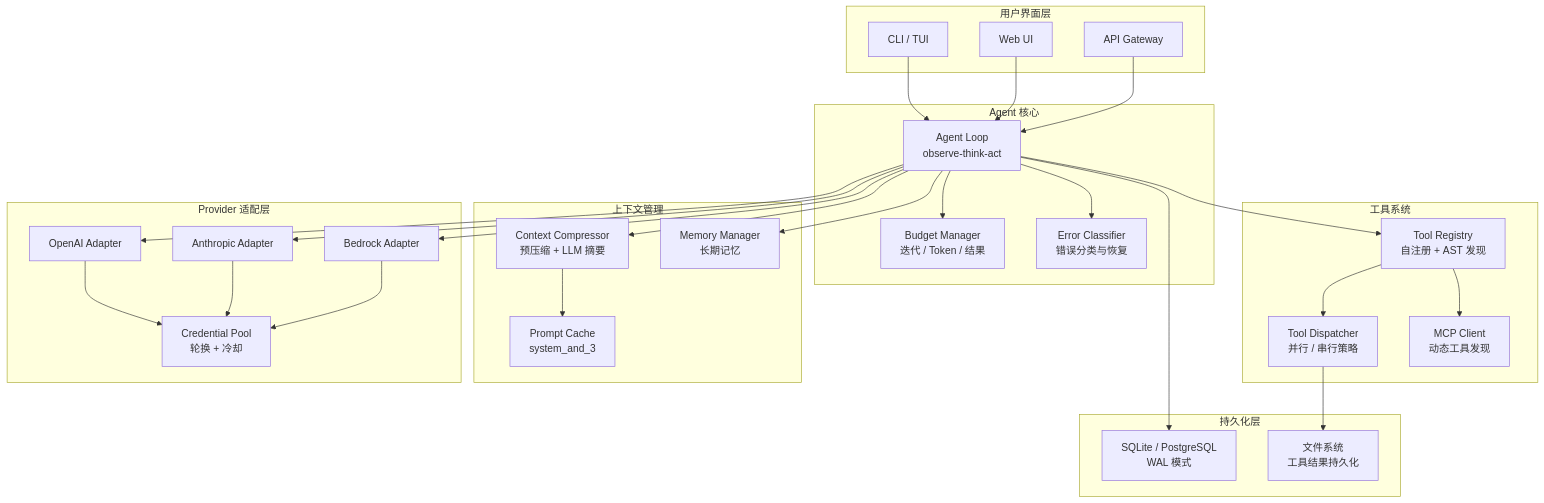
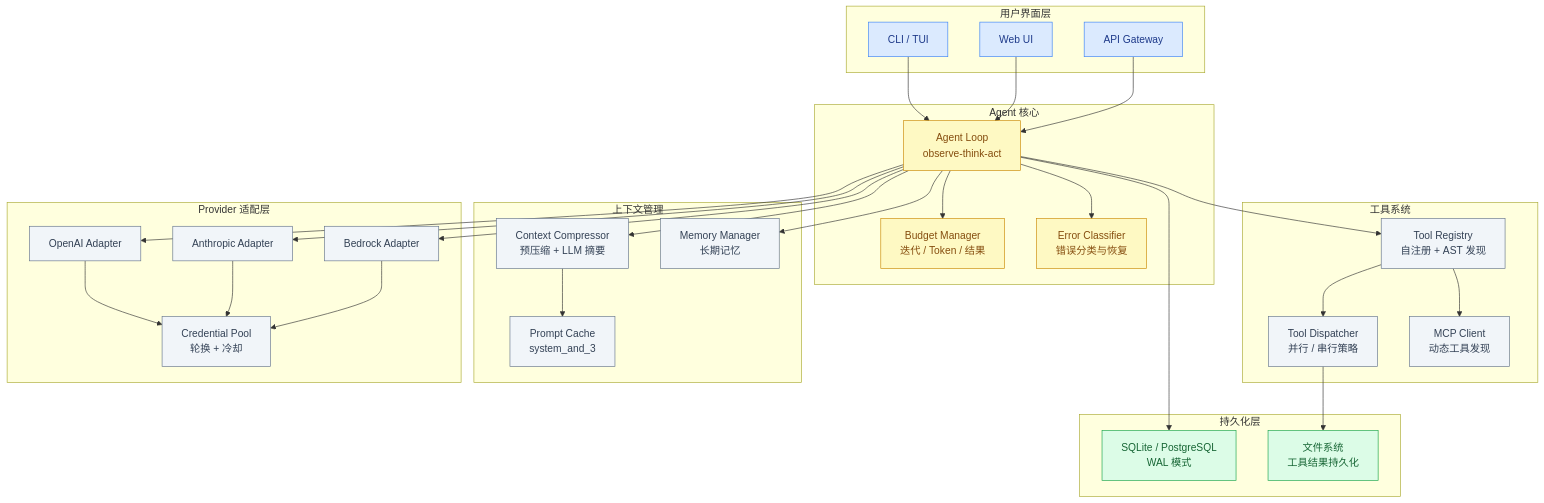
Before and after one commit to pty819/hermes-docs: the fourth of 5 diagrams in chapters/build-your-own.rst, drawn with Mermaid. The commit also changed other lines of this file and 27 other files, not shown here.

```diff
--- a/chapters/build-your-own.rst
+++ b/chapters/build-your-own.rst
@@ -642,52 +672,65 @@
 .. mermaid::
+   :name: recommended-architecture
+   :caption: 推荐的生产级 Agent 完整架构
 
-   graph TB
+   flowchart TB
        subgraph "用户界面层"
            CLI["CLI / TUI"]
            WEB["Web UI"]
            API["API Gateway"]
        end
        subgraph "Agent 核心"
            LOOP["Agent Loop<br/>observe-think-act"]
            BUDGET["Budget Manager<br/>迭代 / Token / 结果"]
            ERR["Error Classifier<br/>错误分类与恢复"]
        end
        subgraph "工具系统"
            REG["Tool Registry<br/>自注册 + AST 发现"]
            DISPATCH["Tool Dispatcher<br/>并行 / 串行策略"]
            MCP["MCP Client<br/>动态工具发现"]
        end
        subgraph "上下文管理"
            COMPRESS["Context Compressor<br/>预压缩 + LLM 摘要"]
            CACHE["Prompt Cache<br/>system_and_3"]
            MEMORY["Memory Manager<br/>长期记忆"]
        end
        subgraph "Provider 适配层"
            OA["OpenAI Adapter"]
            AN["Anthropic Adapter"]
            BR["Bedrock Adapter"]
            CRED["Credential Pool<br/>轮换 + 冷却"]
        end
        subgraph "持久化层"
            DB["SQLite / PostgreSQL<br/>WAL 模式"]
            FS["文件系统<br/>工具结果持久化"]
        end
        CLI --> LOOP
        WEB --> LOOP
        API --> LOOP
        LOOP --> BUDGET
        LOOP --> ERR
        LOOP --> REG
        REG --> DISPATCH
        REG --> MCP
        LOOP --> COMPRESS
        COMPRESS --> CACHE
        LOOP --> MEMORY
        LOOP --> OA
        LOOP --> AN
        LOOP --> BR
        OA --> CRED
        AN --> CRED
        BR --> CRED
        LOOP --> DB
        DISPATCH --> FS
+
+       classDef start fill:#dbeafe,stroke:#3b82f6,color:#1e3a8a
+       classDef info fill:#f1f5f9,stroke:#64748b,color:#334155
+       classDef warn fill:#fef9c3,stroke:#ca8a04,color:#854d0e
+       classDef success fill:#dcfce7,stroke:#16a34a,color:#166534
+       class CLI,WEB,API start
+       class LOOP,BUDGET,ERR warn
+       class REG,DISPATCH,MCP info
+       class COMPRESS,CACHE,MEMORY info
+       class OA,AN,BR,CRED info
+       class DB,FS success
```
